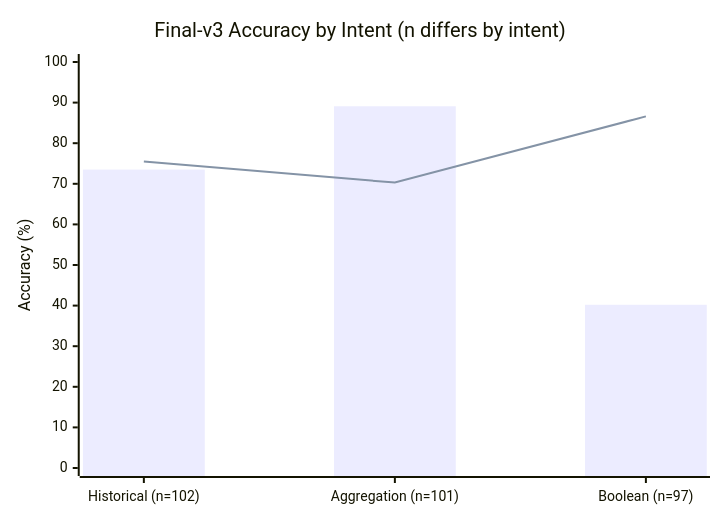
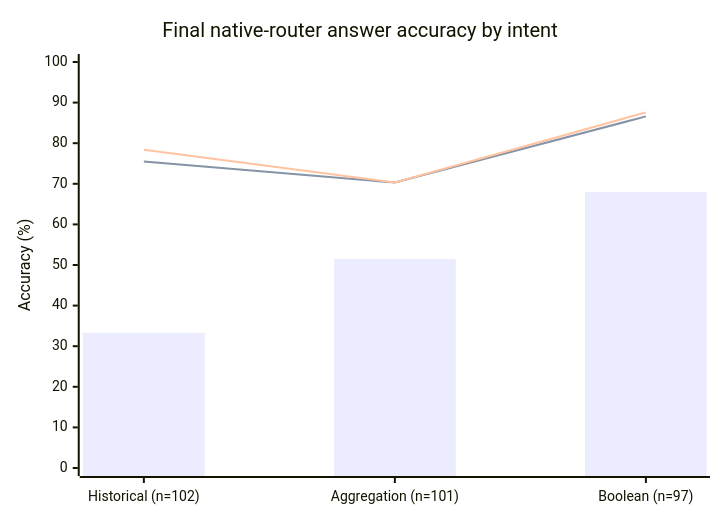
Before and after one commit to 0xmaster7/Aletheia: the diagram in paper/diagrams/diagram3_complex_intents.mmd, drawn with Mermaid. The commit also changed 21 other files, not shown here.

Commit message:
Align documentation and offline checks with final native-router paper

```diff
--- a/paper/diagrams/diagram3_complex_intents.mmd
+++ b/paper/diagrams/diagram3_complex_intents.mmd
@@ -1,9 +1,10 @@
-%% Final-v3 synthetic result, flags retained; the 93.3% first-60 router result is not shown here.
-%% Bars are Aletheia and the line is Direct; CoT values are in docs/evaluation_report.md.
+%% Final paper Figure 3 and Table III: final own-K native-router answers, flags retained and abstentions incorrect.
+%% Bars: native Aletheia. First line: Direct. Second line: CoT.
 %% Note: Rendering this requires a Mermaid viewer that supports xychart-beta
 xychart-beta
-    title "Final-v3 Accuracy by Intent (n differs by intent)"
+    title "Final native-router answer accuracy by intent"
     x-axis ["Historical (n=102)", "Aggregation (n=101)", "Boolean (n=97)"]
     y-axis "Accuracy (%)" 0 --> 100
-    bar [73.5, 89.1, 40.2]
+    bar [33.3, 51.5, 68.0]
     line [75.5, 70.3, 86.6]
+    line [78.4, 70.3, 87.6]
```
